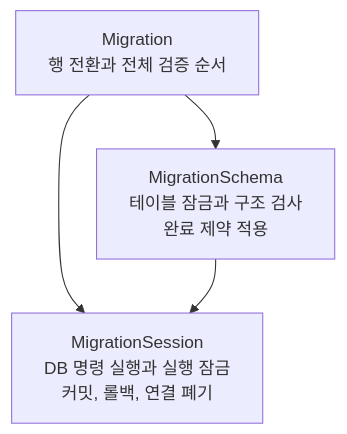
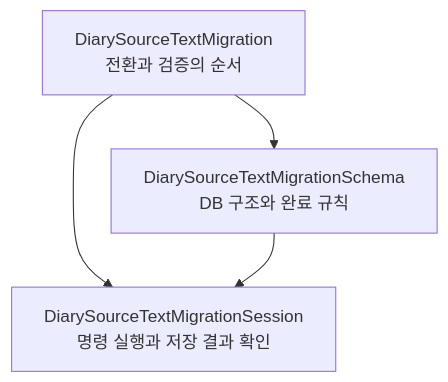
The second of 12 diagrams in backend/docs/diary-source-text-migration-scenarios.md (woowacourse-teams/2026-Harudle), drawn with Mermaid before and after one commit. The commit also changed other lines of this file and 4 other files, not shown here.

````diff
--- a/backend/docs/diary-source-text-migration-scenarios.md
+++ b/backend/docs/diary-source-text-migration-scenarios.md
@@ -14,6 +31,6 @@
 ```mermaid
 flowchart TB
-    migration["Migration<br/>행 전환과 전체 검증 순서"] --> schema["MigrationSchema<br/>테이블 잠금과 구조 검사<br/>완료 제약 적용"]
-    migration --> session["MigrationSession<br/>DB 명령 실행과 실행 잠금<br/>커밋, 롤백, 연결 폐기"]
+    migration["DiarySourceTextMigration<br/>전환과 검증의 순서"] --> schema["DiarySourceTextMigrationSchema<br/>DB 구조와 완료 규칙"]
+    migration --> session["DiarySourceTextMigrationSession<br/>명령 실행과 저장 결과 확인"]
     schema --> session
 ```
````
